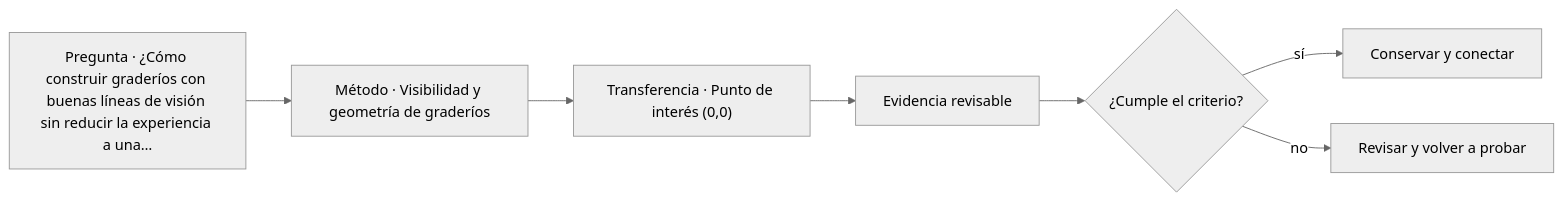
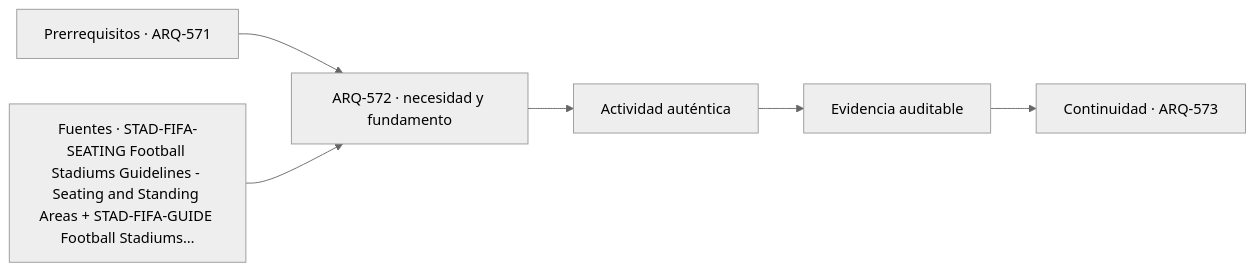
One commit to vladimiracunadev-create/architecture-built-environment-learning-program changed the diagram in classes/parte-58/ARQ-572.md. Above: the diagram before and after it, drawn with Mermaid (neutral theme). The commit also changed other lines of this file and 761 other files, not shown here.

````diff
--- a/classes/parte-58/ARQ-572.md
+++ b/classes/parte-58/ARQ-572.md
@@ -105,9 +117,8 @@
 ```mermaid
 flowchart LR
-    Q["Pregunta · ¿Cómo construir graderíos con buenas líneas de visión sin reducir la experiencia a una…"] --> M["Método · Visibilidad y geometría de graderíos"]
-    M --> P["Transferencia · Punto de interés (0,0)"]
-    P --> E["Evidencia revisable"]
-    E --> C{"¿Cumple el criterio?"}
-    C -->|sí| T["Conservar y conectar"]
-    C -->|no| R["Revisar y volver a probar"]
+    A["Prerrequisitos · ARQ-571"] --> B["ARQ-572 · necesidad y fundamento"]
+    S["Fuentes · STAD-FIFA-SEATING Football Stadiums Guidelines - Seating and Standing Areas + STAD-FIFA-GUIDE Football Stadiums…"] --> B
+    B --> C["Actividad auténtica"]
+    C --> D["Evidencia auditable"]
+    D --> E["Continuidad · ARQ-573"]
 ```
````
